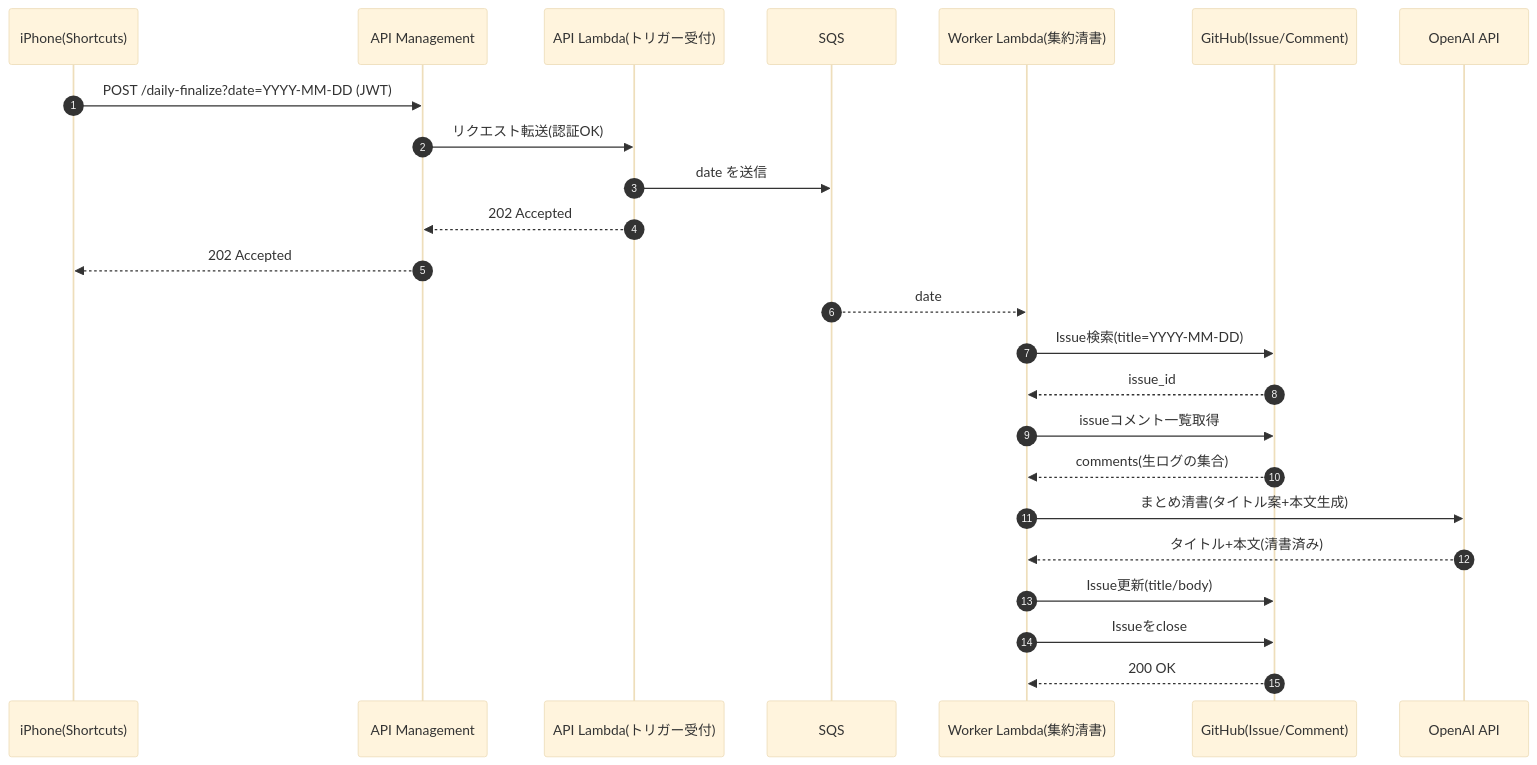
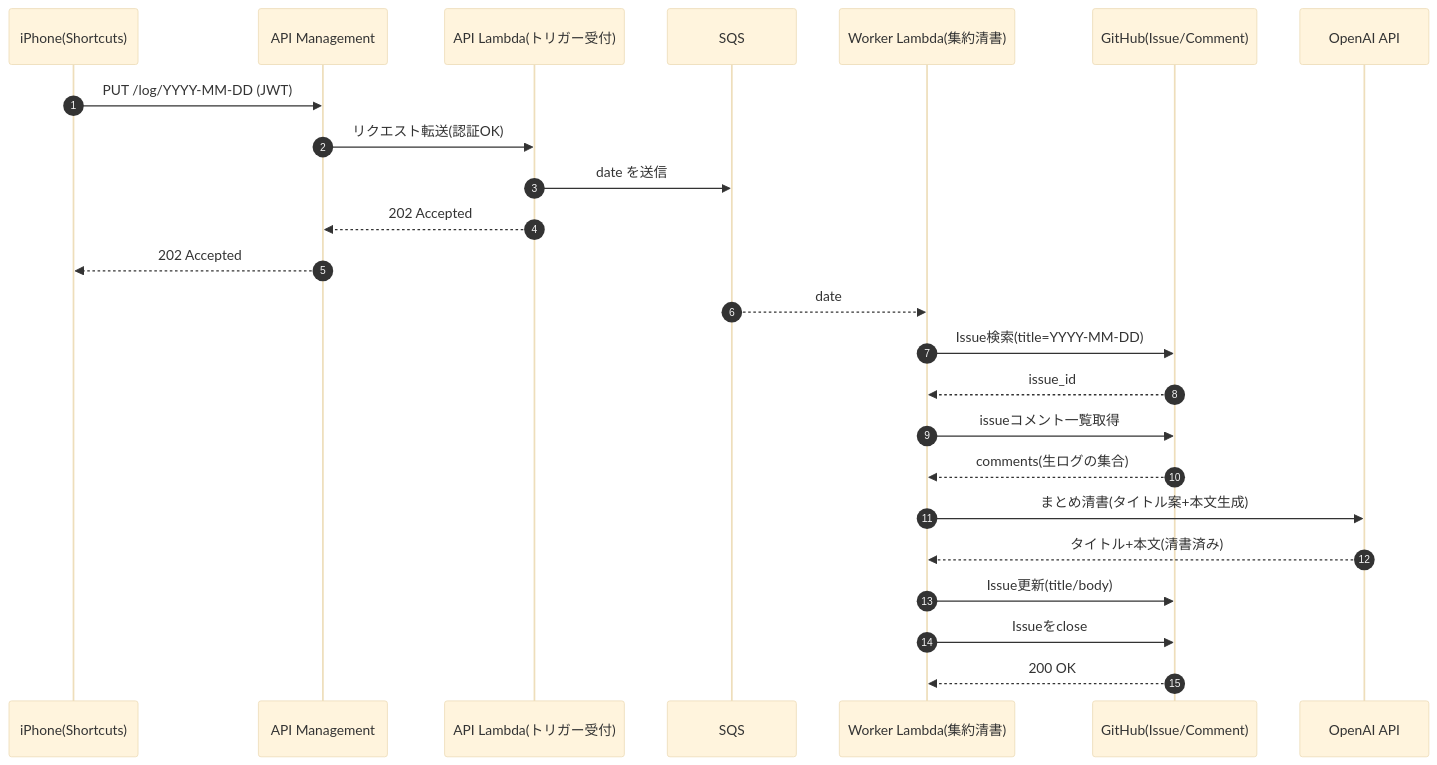
One commit to kenichiro-kimura/zenn-contents changed the third of 3 diagrams in articles/2026-03-03-01.md. Above: the diagram before and after it, drawn with Mermaid (base theme). The commit also changed other lines of this file, not shown here.

Commit message:
2026-03-03-01.md を更新

````diff
--- a/articles/2026-03-03-01.md
+++ b/articles/2026-03-03-01.md
@@ -213,28 +213,28 @@
 ```mermaid
 sequenceDiagram
     autonumber
     participant iPhone as iPhone(Shortcuts)
     participant APIM as API Management
     participant API as API Lambda(トリガー受付)
     participant SQS as SQS
     participant W as Worker Lambda(集約清書)
     participant GH as GitHub(Issue/Comment)
     participant OAI as OpenAI API
 
-    iPhone->>APIM: POST /daily-finalize?date=YYYY-MM-DD (JWT)
+    iPhone->>APIM: PUT /log/YYYY-MM-DD (JWT)
     APIM->>API: リクエスト転送(認証OK)
     API->>SQS: date を送信
     API-->>APIM: 202 Accepted
     APIM-->>iPhone: 202 Accepted
 
     SQS-->>W: date
     W->>GH: Issue検索(title=YYYY-MM-DD)
     GH-->>W: issue_id
     W->>GH: issueコメント一覧取得
     GH-->>W: comments(生ログの集合)
     W->>OAI: まとめ清書(タイトル案+本文生成)
     OAI-->>W: タイトル+本文(清書済み)
     W->>GH: Issue更新(title/body)
     W->>GH: Issueをclose
     GH-->>W: 200 OK
 ```
````
